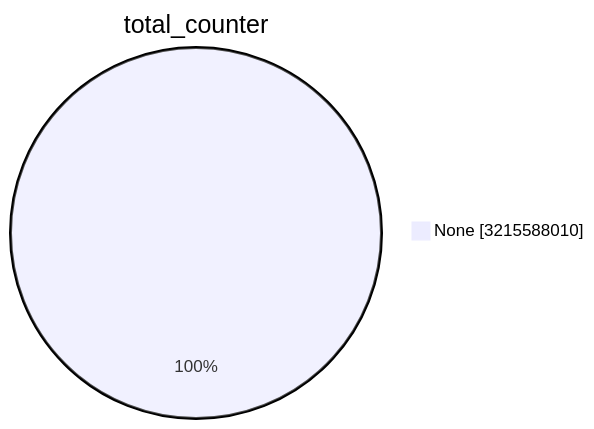
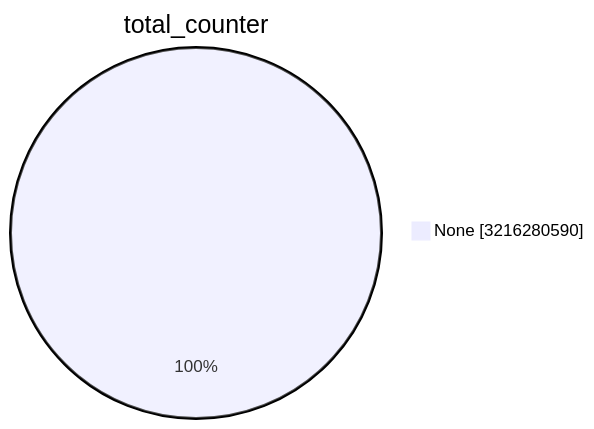
One commit to christiankrug/ctmonitor_visualization changed the first of 15 diagrams in TOTAL/README.md. Above: the diagram before and after it, drawn with Mermaid. The commit also changed other lines of this file, not shown here.

````diff
--- a/TOTAL/README.md
+++ b/TOTAL/README.md
@@ -1,5 +1,5 @@
 ```mermaid
 pie showData
 title total_counter
-"None" :3215588010
+"None" :3216280590
 ```
````
